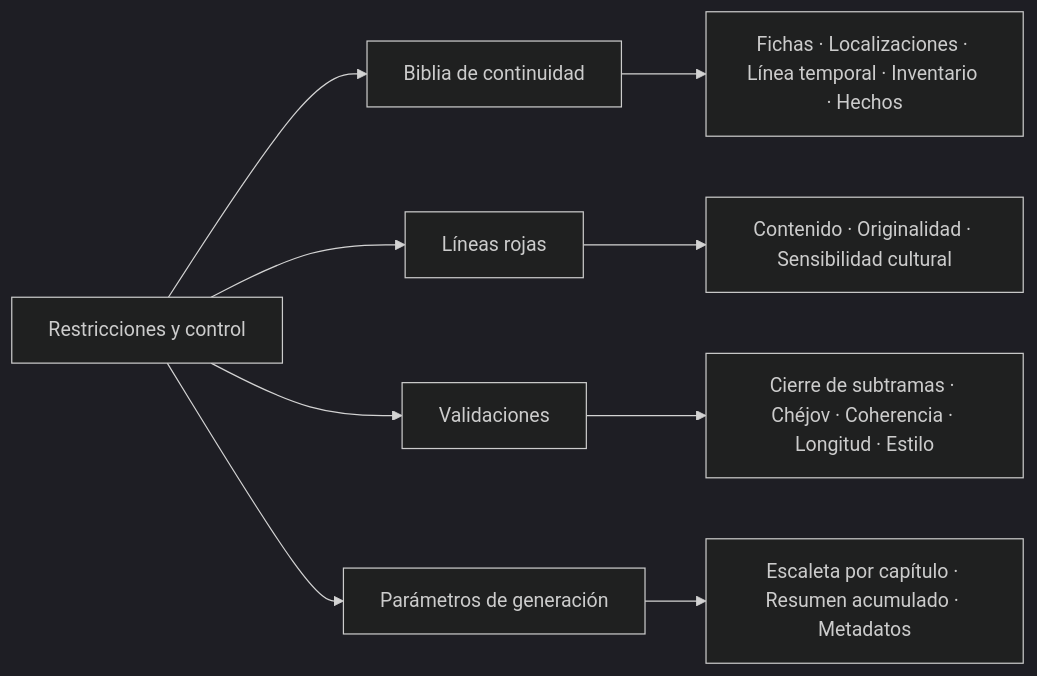
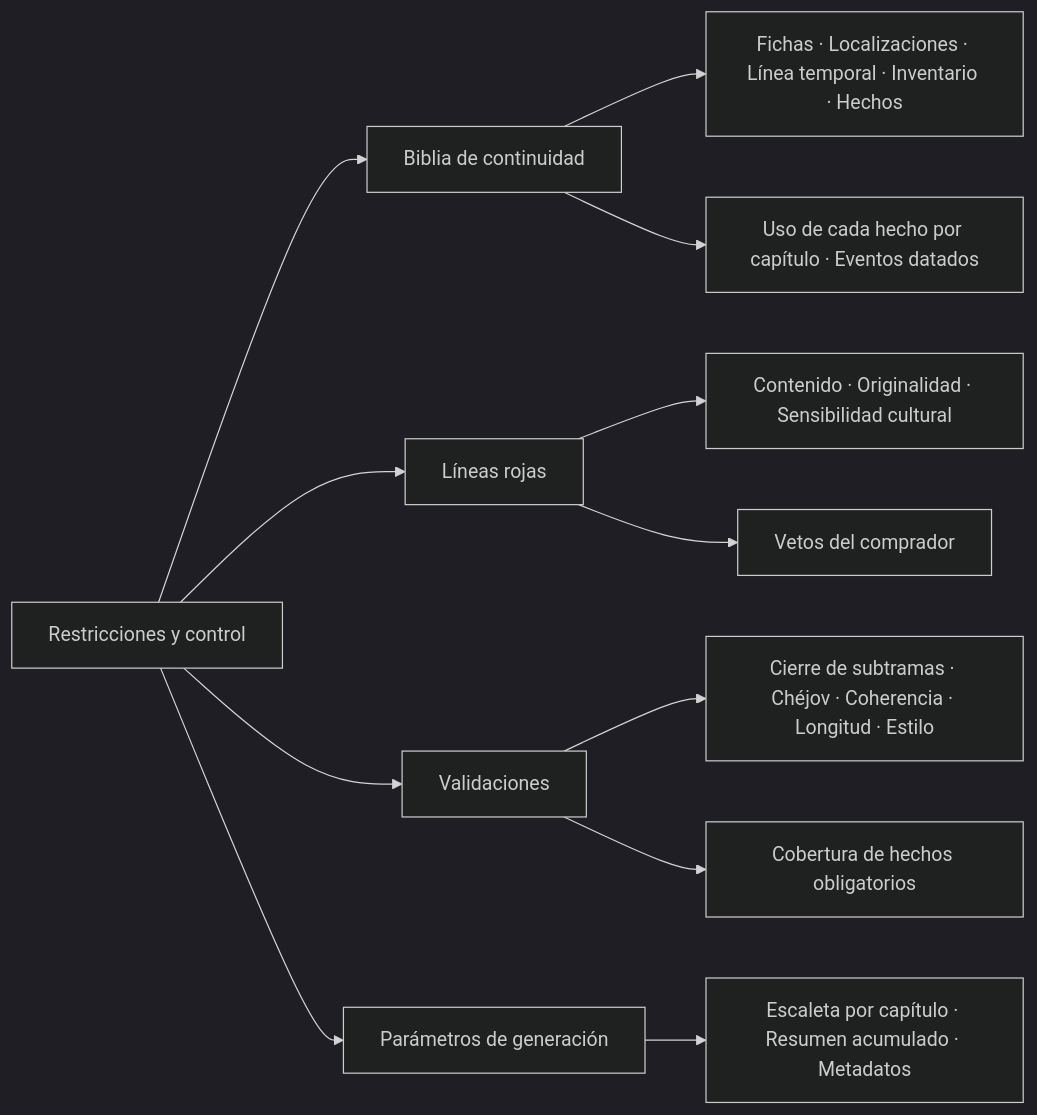
One commit to Asieribarz/my-story-marker changed the ninth of 11 diagrams in docs/domain-knowledge.md. Above: the diagram before and after it, drawn with Mermaid (dark theme). The commit also changed other lines of this file and 6 other files, not shown here.

````diff
--- a/docs/domain-knowledge.md
+++ b/docs/domain-knowledge.md
@@ -195,12 +203,15 @@
 ```mermaid
 flowchart LR
   C["Restricciones y control"] --> C1["Biblia de continuidad"]
   C --> C2["Líneas rojas"]
   C --> C3["Validaciones"]
   C --> C4["Parámetros de generación"]
 
   C1 --> C1a["Fichas · Localizaciones · Línea temporal · Inventario · Hechos"]
+  C1 --> C1b["Uso de cada hecho por capítulo · Eventos datados"]
   C2 --> C2a["Contenido · Originalidad · Sensibilidad cultural"]
+  C2 --> C2b["Vetos del comprador"]
   C3 --> C3a["Cierre de subtramas · Chéjov · Coherencia · Longitud · Estilo"]
+  C3 --> C3b["Cobertura de hechos obligatorios"]
   C4 --> C4a["Escaleta por capítulo · Resumen acumulado · Metadatos"]
 ```
````
